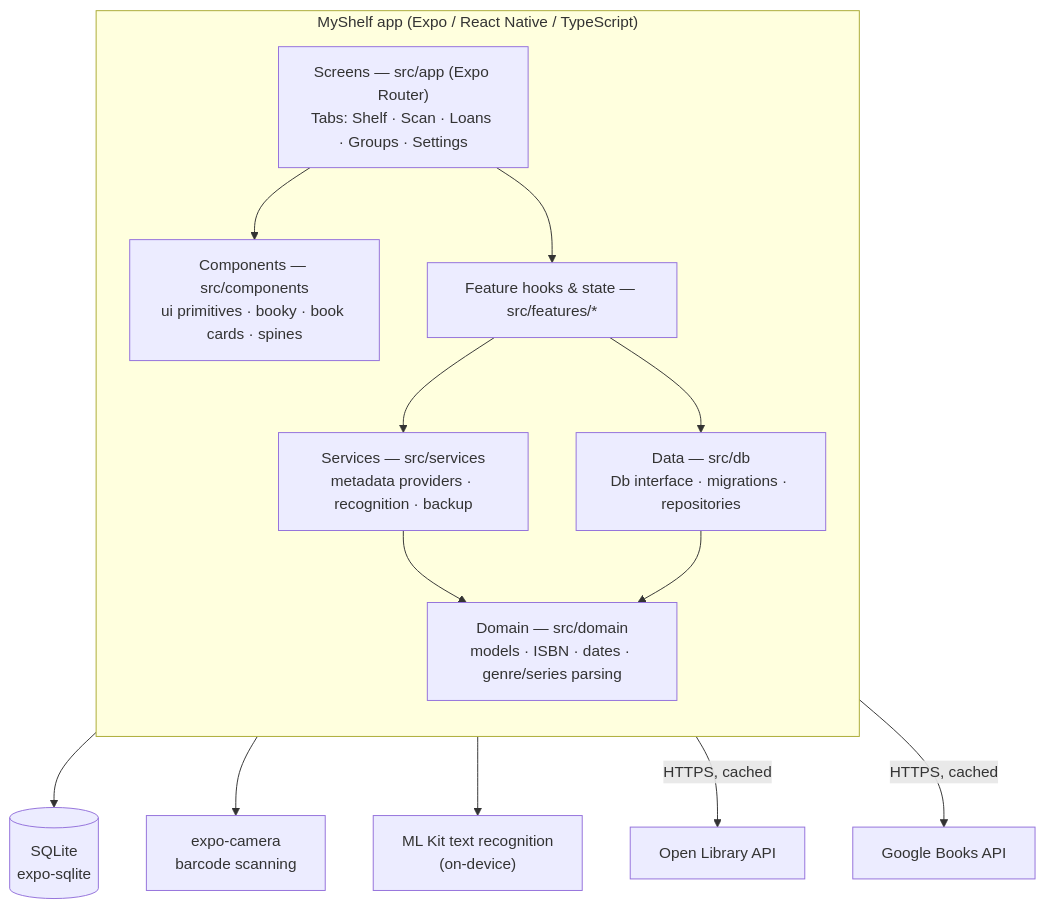
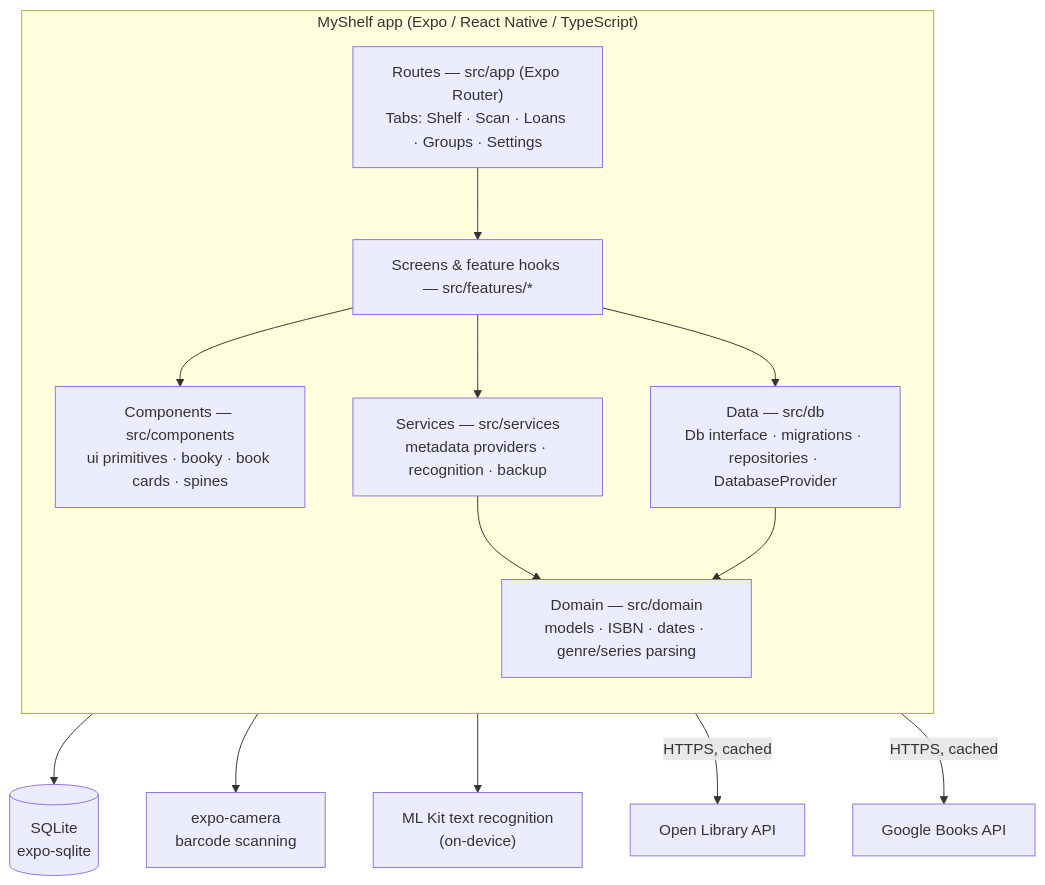
The first of 3 diagrams in PLAN.md (asorichetti/MyShelf), drawn with Mermaid before and after one commit. The commit also changed other lines of this file, not shown here.

First line of the commit message:
Describe the delivered architecture in PLAN.md

````diff
--- a/PLAN.md
+++ b/PLAN.md
@@ -52,28 +52,28 @@
 ```mermaid
 flowchart TB
   subgraph App["MyShelf app (Expo / React Native / TypeScript)"]
     direction TB
-    UI["Screens — src/app (Expo Router)<br/>Tabs: Shelf · Scan · Loans · Groups · Settings"]
+    UI["Routes — src/app (Expo Router)<br/>Tabs: Shelf · Scan · Loans · Groups · Settings"]
+    FEAT["Screens & feature hooks — src/features/*"]
     COMP["Components — src/components<br/>ui primitives · booky · book cards · spines"]
-    FEAT["Feature hooks & state — src/features/*"]
     SVC["Services — src/services<br/>metadata providers · recognition · backup"]
     DOM["Domain — src/domain<br/>models · ISBN · dates · genre/series parsing"]
-    DB["Data — src/db<br/>Db interface · migrations · repositories"]
-    UI --> COMP
+    DB["Data — src/db<br/>Db interface · migrations · repositories · DatabaseProvider"]
     UI --> FEAT
+    FEAT --> COMP
     FEAT --> SVC
     FEAT --> DB
     SVC --> DOM
     DB --> DOM
   end
   SQLITE[("SQLite<br/>expo-sqlite")]
   CAM["expo-camera<br/>barcode scanning"]
   OCR["ML Kit text recognition<br/>(on-device)"]
   OL["Open Library API"]
   GB["Google Books API"]
   DB --> SQLITE
   SVC --> CAM
   SVC --> OCR
   SVC -->|HTTPS, cached| OL
   SVC -->|HTTPS, cached| GB
 ```
````
